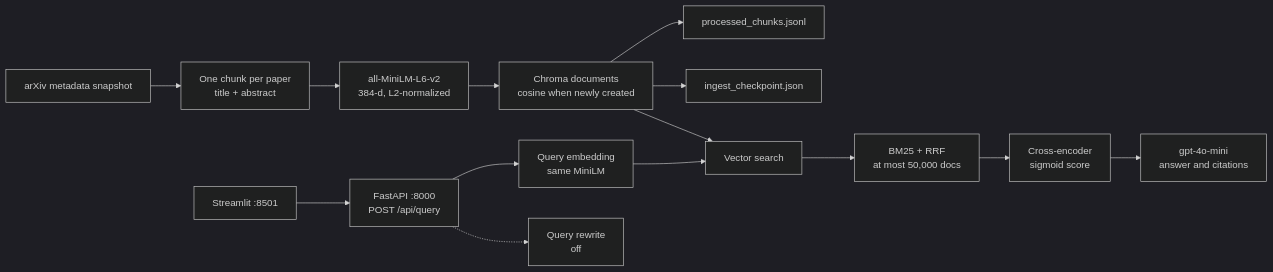
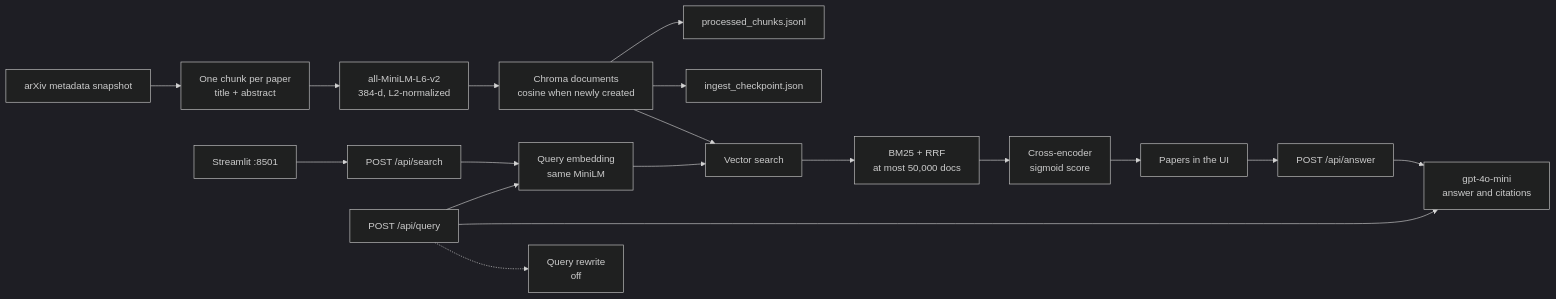
One commit to ayogenthiran/arxivlens changed the diagram in architecture.md. Above: the diagram before and after it, drawn with Mermaid (dark theme). The commit also changed other lines of this file and 40 other files, not shown here.

Commit message:
Show papers as soon as search returns, then summarize those same chunks.

````diff
--- a/architecture.md
+++ b/architecture.md
@@ -7,18 +7,22 @@
 ```mermaid
 flowchart LR
   snapshot["arXiv metadata snapshot"] --> chunk["One chunk per paper<br/>title + abstract"]
   chunk --> embed["all-MiniLM-L6-v2<br/>384-d, L2-normalized"]
   embed --> chroma["Chroma documents<br/>cosine when newly created"]
   chroma --> jsonl["processed_chunks.jsonl"]
   chroma --> checkpoint["ingest_checkpoint.json"]
 
-  ui["Streamlit :8501"] --> api["FastAPI :8000<br/>POST /api/query"]
-  api --> qembed["Query embedding<br/>same MiniLM"]
+  ui["Streamlit :8501"] --> search["POST /api/search"]
+  search --> qembed["Query embedding<br/>same MiniLM"]
   qembed --> vector["Vector search"]
   chroma --> vector
   vector --> hybrid["BM25 + RRF<br/>at most 50,000 docs"]
   hybrid --> rerank["Cross-encoder<br/>sigmoid score"]
-  rerank --> llm["gpt-4o-mini<br/>answer and citations"]
+  rerank --> papers["Papers in the UI"]
+  papers --> answer["POST /api/answer"]
+  answer --> llm["gpt-4o-mini<br/>answer and citations"]
 
-  api -.-> rewrite["Query rewrite<br/>off"]
+  query["POST /api/query"] --> qembed
+  query --> llm
+  query -.-> rewrite["Query rewrite<br/>off"]
 ```
````
